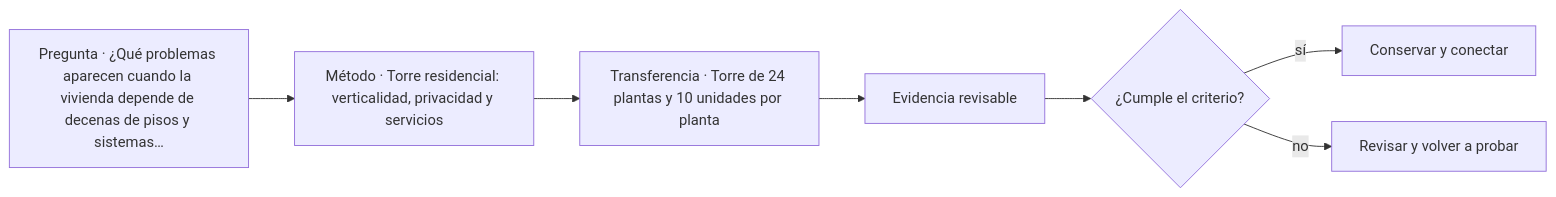
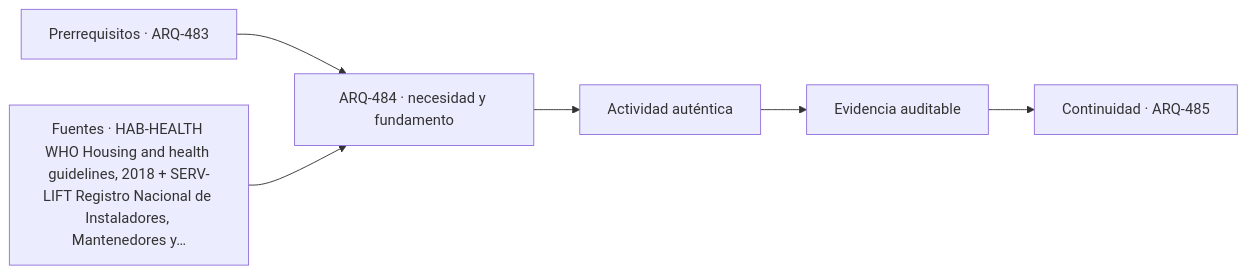
Before and after one commit to vladimiracunadev-create/architecture-built-environment-learning-program: the diagram in classes/parte-49/ARQ-484.md, drawn with Mermaid. The commit also changed other lines of this file and 761 other files, not shown here.

````diff
--- a/classes/parte-49/ARQ-484.md
+++ b/classes/parte-49/ARQ-484.md
@@ -89,9 +101,8 @@
 ```mermaid
 flowchart LR
-    Q["Pregunta · ¿Qué problemas aparecen cuando la vivienda depende de decenas de pisos y sistemas…"] --> M["Método · Torre residencial: verticalidad, privacidad y servicios"]
-    M --> P["Transferencia · Torre de 24 plantas y 10 unidades por planta"]
-    P --> E["Evidencia revisable"]
-    E --> C{"¿Cumple el criterio?"}
-    C -->|sí| T["Conservar y conectar"]
-    C -->|no| R["Revisar y volver a probar"]
+    A["Prerrequisitos · ARQ-483"] --> B["ARQ-484 · necesidad y fundamento"]
+    S["Fuentes · HAB-HEALTH WHO Housing and health guidelines, 2018 + SERV-LIFT Registro Nacional de Instaladores, Mantenedores y…"] --> B
+    B --> C["Actividad auténtica"]
+    C --> D["Evidencia auditable"]
+    D --> E["Continuidad · ARQ-485"]
 ```
````
